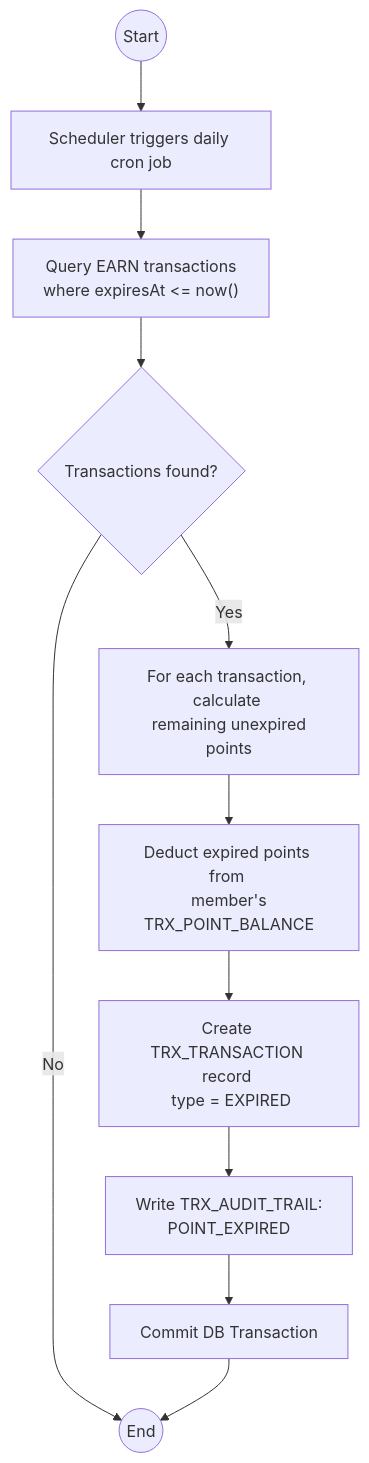
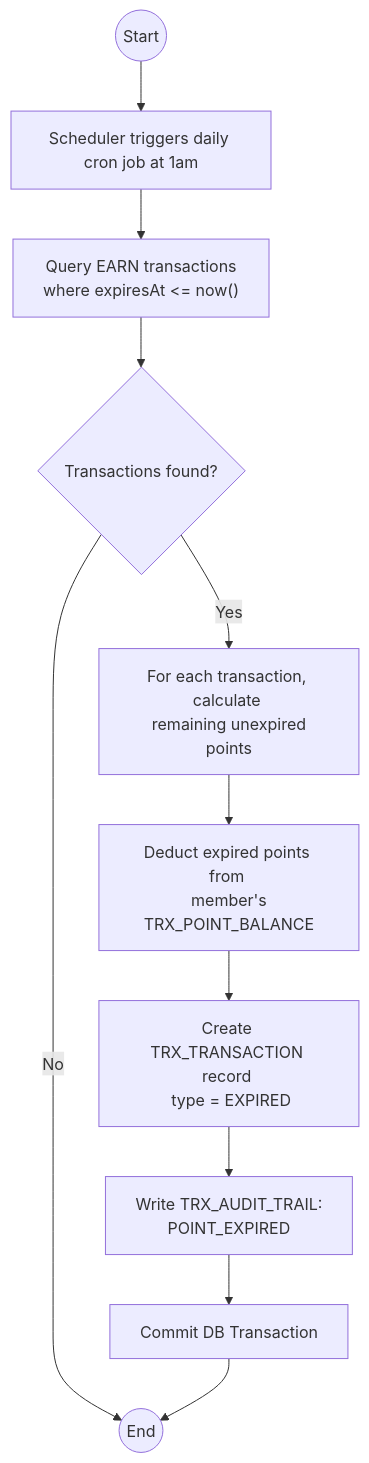
The fourth of 6 diagrams in activity.diagram.md (jtnqr/JDT-17-LOYALTY), drawn with Mermaid before and after one commit. The commit also changed other lines of this file and 2 other files, not shown here.

First line of the commit message:
docs: update activity/usecase diagrams and add redemption flowchart

````diff
--- a/activity.diagram.md
+++ b/activity.diagram.md
@@ -62,13 +63,13 @@
 ```mermaid
 flowchart TD
-    Start((Start)) --> A[Scheduler triggers daily cron job]
+    Start((Start)) --> A[Scheduler triggers daily cron job at 1am]
     A --> B["Query EARN transactions <br/> where expiresAt <= now()"]
     B --> C{Transactions found?}
     C -- No --> End((End))
     C -- Yes --> D["For each transaction, calculate <br/> remaining unexpired points"]
     D --> E["Deduct expired points from <br/> member's TRX_POINT_BALANCE"]
     E --> F["Create TRX_TRANSACTION record <br/> type = EXPIRED"]
     F --> G["Write TRX_AUDIT_TRAIL: <br/> POINT_EXPIRED"]
     G --> H[Commit DB Transaction]
     H --> End
 ```
````
